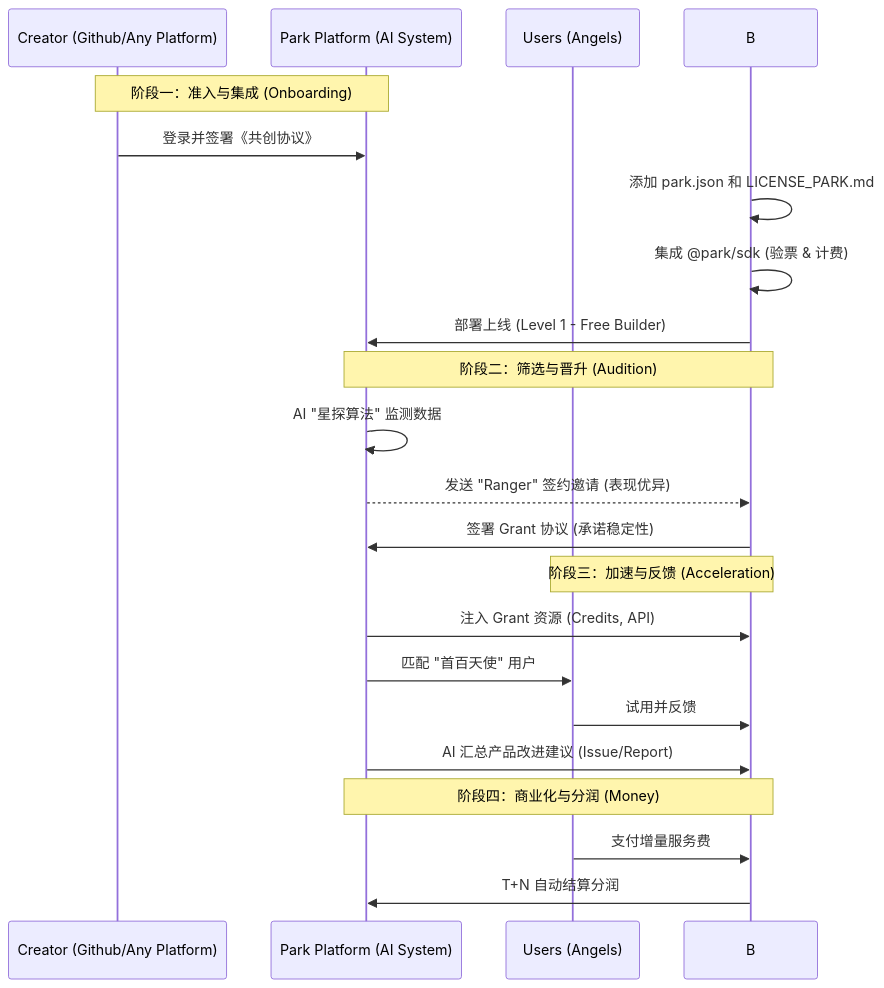
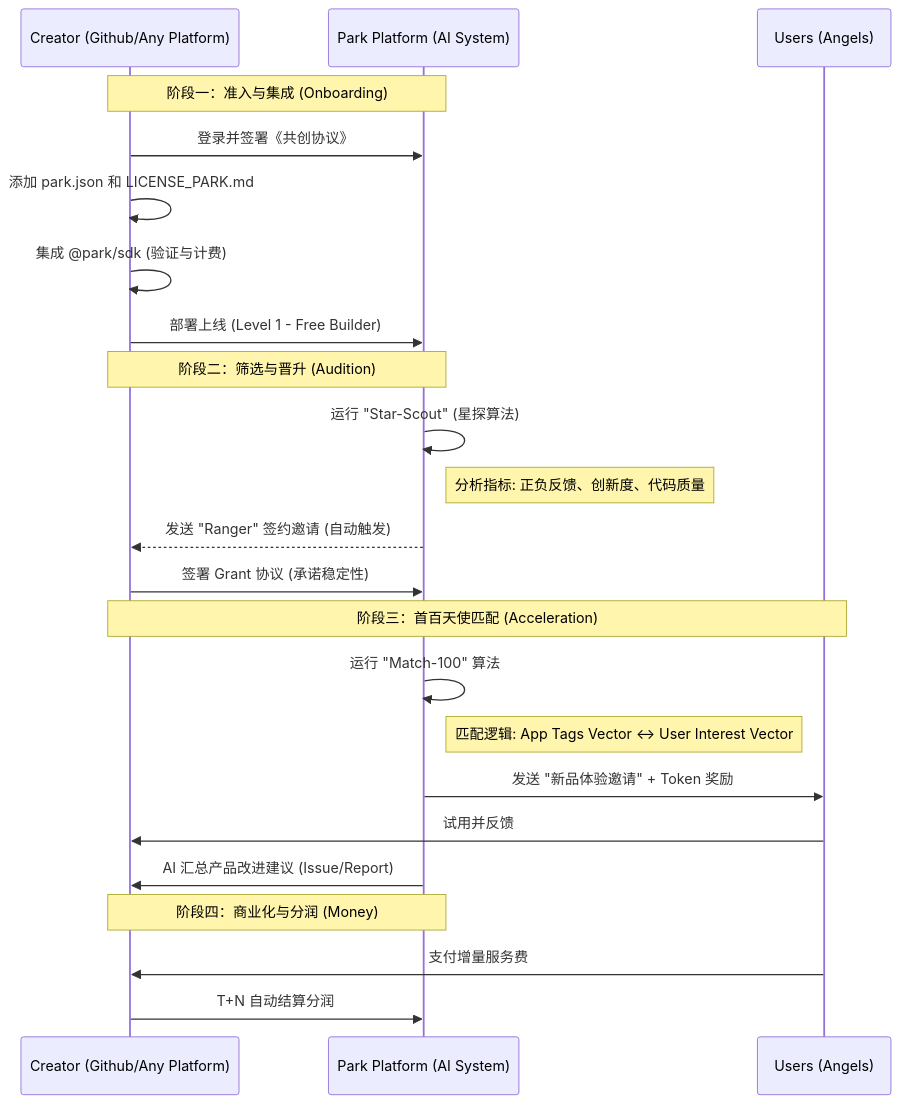
The first of 2 diagrams in docs/03_Lifecycle_Workflows.md (MushroomDAO/PublicGoodsPark), drawn with Mermaid before and after one commit. The commit also changed other lines of this file and 3 other files, not shown here.

````diff
--- a/docs/03_Lifecycle_Workflows.md
+++ b/docs/03_Lifecycle_Workflows.md
@@ -9,27 +9,29 @@
 ```mermaid
 sequenceDiagram
     participant C as Creator (Github/Any Platform)
     participant P as Park Platform (AI System)
     participant U as Users (Angels)
 
     Note over C, P: 阶段一：准入与集成 (Onboarding)
     C->>P: 登录并签署《共创协议》
-    B->>B: 添加 park.json 和 LICENSE_PARK.md
-    B->>B: 集成 @park/sdk (验票 & 计费)
-    B->>P: 部署上线 (Level 1 - Free Builder)
+    C->>C: 添加 park.json 和 LICENSE_PARK.md
+    C->>C: 集成 @park/sdk (验证与计费)
+    C->>P: 部署上线 (Level 1 - Free Builder)
 
-    Note over B, P: 阶段二：筛选与晋升 (Audition)
-    P->>P: AI "星探算法" 监测数据
-    P-->>B: 发送 "Ranger" 签约邀请 (表现优异)
-    B->>P: 签署 Grant 协议 (承诺稳定性)
+    Note over C, P: 阶段二：筛选与晋升 (Audition)
+    P->>P: 运行 "Star-Scout" (星探算法)
+    Note right of P: 分析指标: 正负反馈、创新度、代码质量
+    P-->>C: 发送 "Ranger" 签约邀请 (自动触发)
+    C->>P: 签署 Grant 协议 (承诺稳定性)
 
-    Note over B, U: 阶段三：加速与反馈 (Acceleration)
-    P->>B: 注入 Grant 资源 (Credits, API)
-    P->>U: 匹配 "首百天使" 用户
-    U->>B: 试用并反馈
-    P->>B: AI 汇总产品改进建议 (Issue/Report)
+    Note over C, U: 阶段三：首百天使匹配 (Acceleration)
+    P->>P: 运行 "Match-100" 算法
+    Note right of P: 匹配逻辑: App Tags Vector <-> User Interest Vector
+    P->>U: 发送 "新品体验邀请" + Token 奖励
+    U->>C: 试用并反馈
+    P->>C: AI 汇总产品改进建议 (Issue/Report)
 
-    Note over B, P: 阶段四：商业化与分润 (Money)
-    U->>B: 支付增量服务费
-    B->>P: T+N 自动结算分润
+    Note over C, P: 阶段四：商业化与分润 (Money)
+    U->>C: 支付增量服务费
+    C->>P: T+N 自动结算分润
 ```
````
